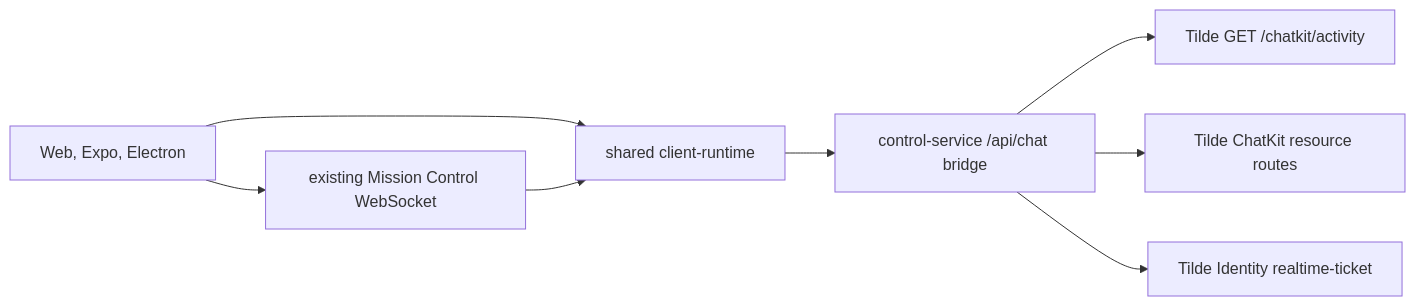
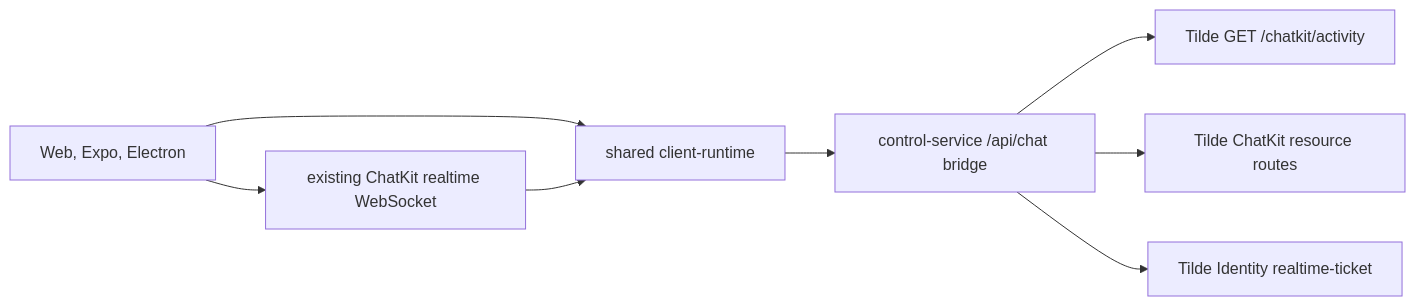
One commit to trytilde/dispatch changed the diagram in docs/updates/96.md. Above: the diagram before and after it, drawn with Mermaid. The commit also changed other lines of this file and 51 other files, not shown here.

First line of the commit message:
feat(chat): adopt ChatKit realtime events (#101)

````diff
--- a/docs/updates/96.md
+++ b/docs/updates/96.md
@@ -9,10 +9,10 @@
 ```mermaid
 flowchart LR
   Clients["Web, Expo, Electron"] --> Runtime["shared client-runtime"]
   Runtime --> Bridge["control-service /api/chat bridge"]
   Bridge --> Activity["Tilde GET /chatkit/activity"]
   Bridge --> Resources["Tilde ChatKit resource routes"]
   Bridge --> Ticket["Tilde Identity realtime-ticket"]
-  Clients --> Realtime["existing Mission Control WebSocket"]
+  Clients --> Realtime["existing ChatKit realtime WebSocket"]
   Realtime --> Runtime
 ```
````
